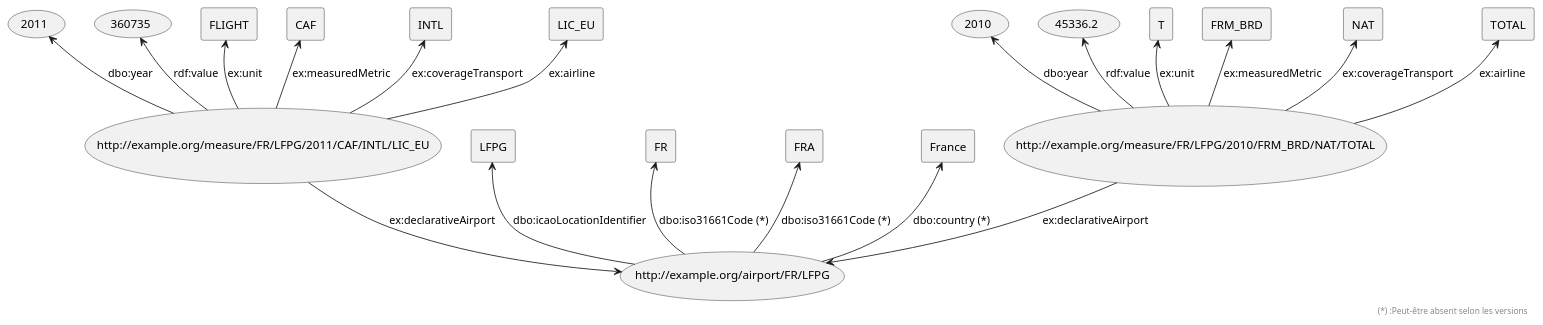
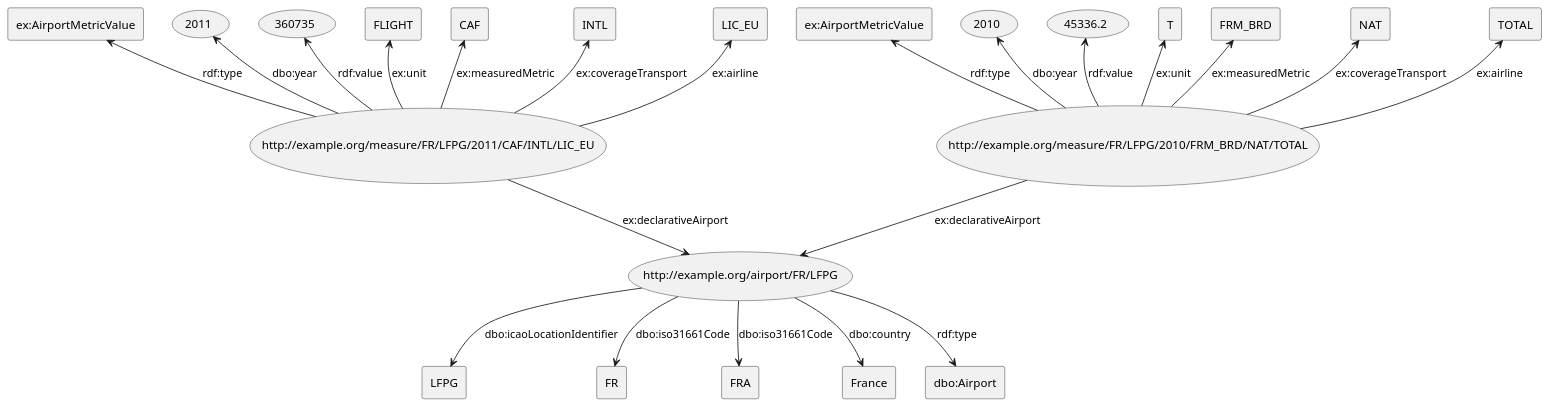
The diagram in README.md (QGdev/M1S1-SemanticProject), drawn with PlantUML before and after one commit. The commit also changed 2 other files, not shown here.

Commit message:
Updating illustrations to match previous changes

````diff
--- a/README.md
+++ b/README.md
@@ -23,36 +23,40 @@
 ```plantuml
    @startuml
-    skinparam componentStyle rectangle
+        skinparam componentStyle rectangle
 
         circle (http://example.org/airport/FR/LFPG)
 
-        [LFPG] <-- (http://example.org/airport/FR/LFPG) : "dbo:icaoLocationIdentifier"
-        [FR] <-- (http://example.org/airport/FR/LFPG) : "dbo:iso31661Code (*)"
-        [FRA] <-- (http://example.org/airport/FR/LFPG) : "dbo:iso31661Code (*)"
-        [France] <-- (http://example.org/airport/FR/LFPG) : "dbo:country (*)"
+        [LFPG] <-u- (http://example.org/airport/FR/LFPG) : "dbo:icaoLocationIdentifier"
+        [FR] <-u- (http://example.org/airport/FR/LFPG) : "dbo:iso31661Code"
+        [FRA] <-u- (http://example.org/airport/FR/LFPG) : "dbo:iso31661Code"
+        [France] <-u- (http://example.org/airport/FR/LFPG) : "dbo:country"
+        [dbo:Airport] <-u- (http://example.org/airport/FR/LFPG) : "rdf:type"
 
         circle (http://example.org/measure/FR/LFPG/2011/CAF/INTL/LIC_EU)
 
+        [ex:AirportMetricValue] as type1
+        type1 <-- (http://example.org/measure/FR/LFPG/2011/CAF/INTL/LIC_EU) : "rdf:type"
         (2011) <-- (http://example.org/measure/FR/LFPG/2011/CAF/INTL/LIC_EU) : "dbo:year"
         (360735) <-- (http://example.org/measure/FR/LFPG/2011/CAF/INTL/LIC_EU) : "rdf:value"
         [FLIGHT] <-- (http://example.org/measure/FR/LFPG/2011/CAF/INTL/LIC_EU) : "ex:unit"
         [CAF] <-- (http://example.org/measure/FR/LFPG/2011/CAF/INTL/LIC_EU) : "ex:measuredMetric"
         [INTL] <-- (http://example.org/measure/FR/LFPG/2011/CAF/INTL/LIC_EU) : "ex:coverageTransport"
         [LIC_EU] <-- (http://example.org/measure/FR/LFPG/2011/CAF/INTL/LIC_EU) : "ex:airline"
 
+
         circle (http://example.org/measure/FR/LFPG/2010/FRM_BRD/NAT/TOTAL)
 
+
+        [ex:AirportMetricValue] as type2
+        type2 <-- (http://example.org/measure/FR/LFPG/2010/FRM_BRD/NAT/TOTAL) : "rdf:type"
         (2010) <-- (http://example.org/measure/FR/LFPG/2010/FRM_BRD/NAT/TOTAL) : "dbo:year"
         (45336.2) <-d- (http://example.org/measure/FR/LFPG/2010/FRM_BRD/NAT/TOTAL) : "rdf:value"
         [T] <-- (http://example.org/measure/FR/LFPG/2010/FRM_BRD/NAT/TOTAL) : "ex:unit"
         [FRM_BRD] <-- (http://example.org/measure/FR/LFPG/2010/FRM_BRD/NAT/TOTAL) : "ex:measuredMetric"
         [NAT] <-- (http://example.org/measure/FR/LFPG/2010/FRM_BRD/NAT/TOTAL) : "ex:coverageTransport"
         [TOTAL] <-- (http://example.org/measure/FR/LFPG/2010/FRM_BRD/NAT/TOTAL) : "ex:airline"
 
-
         (http://example.org/airport/FR/LFPG) <-up- (http://example.org/measure/FR/LFPG/2011/CAF/INTL/LIC_EU) : "ex:declarativeAirport"
         (http://example.org/airport/FR/LFPG) <-up- (http://example.org/measure/FR/LFPG/2010/FRM_BRD/NAT/TOTAL) : "ex:declarativeAirport"
-
-    right footer "(*) :Peut-être absent selon les versions"
-    @enduml
+@enduml
 ```
````
